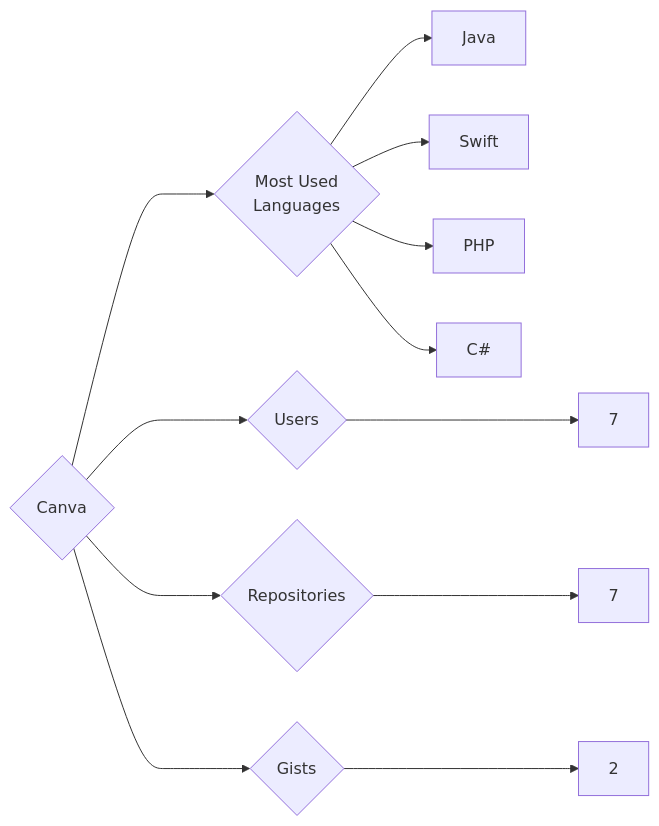
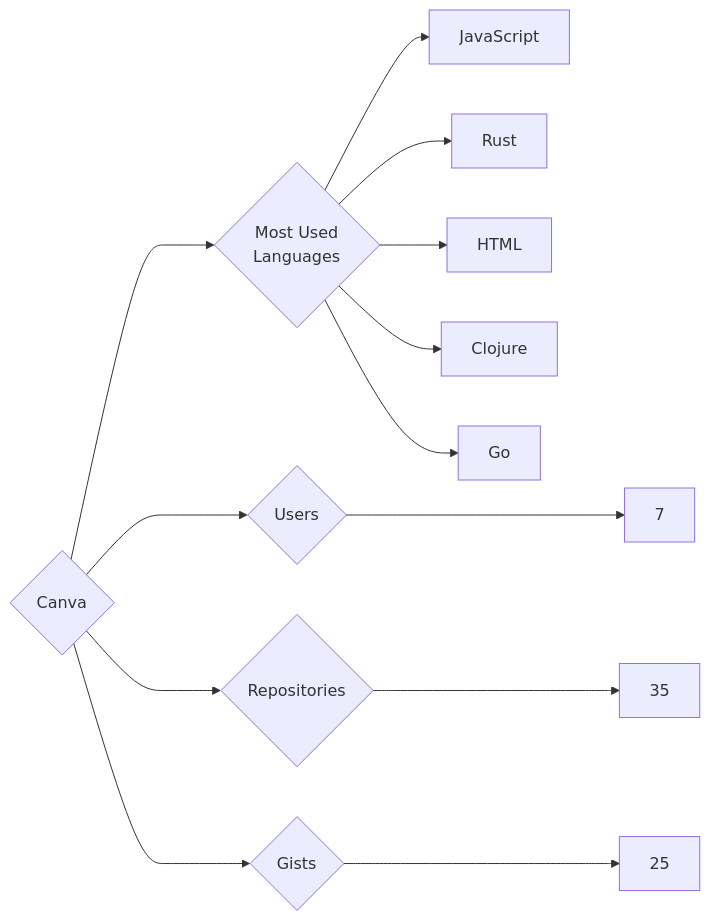
Before and after one commit to trickest/insiders: the diagram in targets/Canva/README.md, drawn with Mermaid. The commit also changed 1084 other files, not shown here.

````diff
--- a/targets/Canva/README.md
+++ b/targets/Canva/README.md
@@ -3,12 +3,13 @@
 ```mermaid
 graph LR
 COMPANY_NAME{Canva}
 COMPANY_NAME ---> U{Users} ---> UN[7]
-COMPANY_NAME ---> R{Repositories} ---> RN[7]
-COMPANY_NAME ---> G{Gists} ---> GN[2]
+COMPANY_NAME ---> R{Repositories} ---> RN[35]
+COMPANY_NAME ---> G{Gists} ---> GN[25]
 COMPANY_NAME ---> ML{Most Used<br>Languages}
-ML --> Java[Java]
-ML --> Swift[Swift]
-ML --> PHP[PHP]
-ML --> C#[C#]
+ML --> JavaScript[JavaScript]
+ML --> Rust[Rust]
+ML --> HTML[HTML]
+ML --> Clojure[Clojure]
+ML --> Go[Go]
 ```
````
